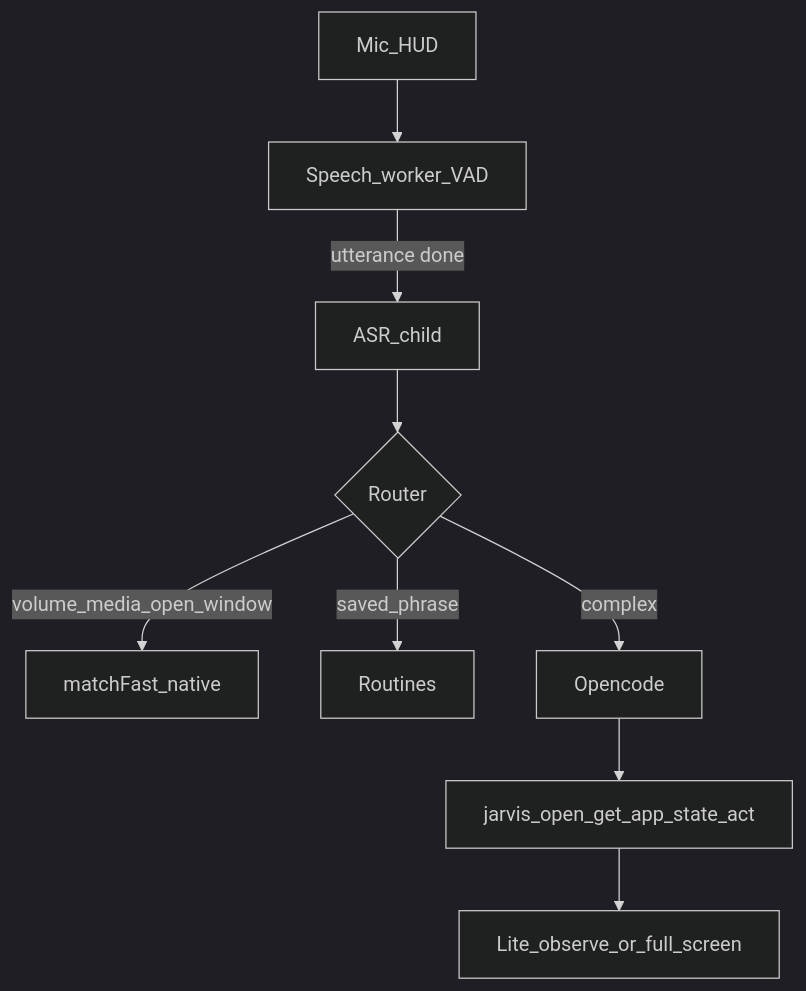
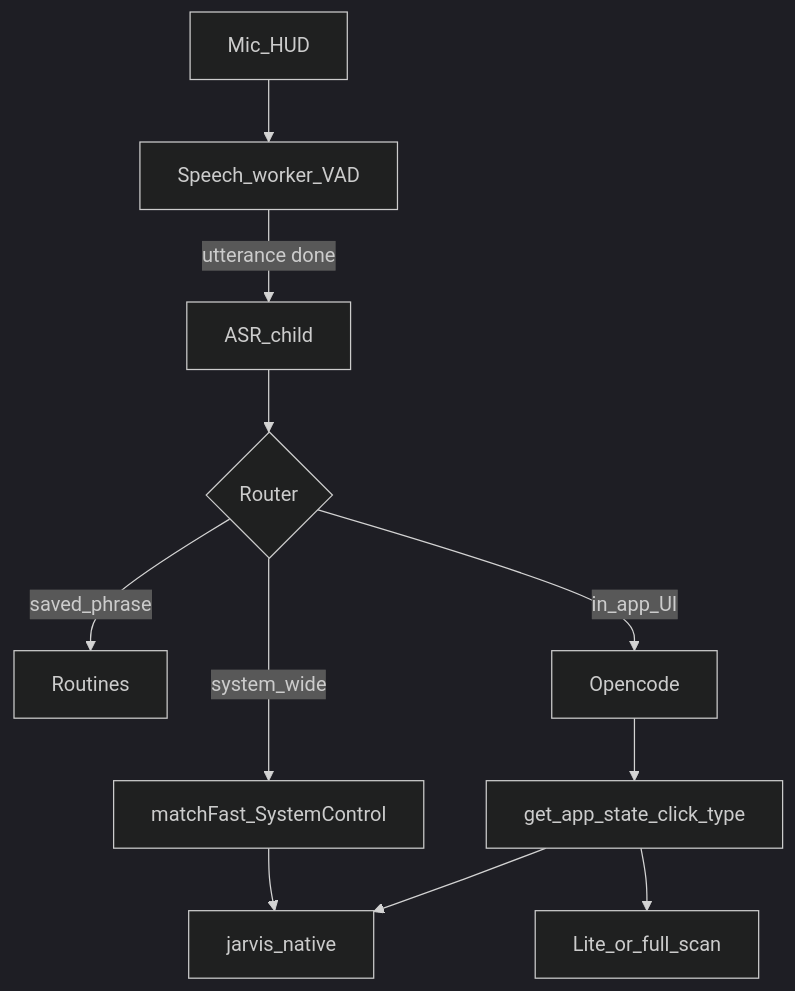
Before and after one commit to yuliitezarygml/jarvis-agent: the diagram in PLAN-fast.md, drawn with Mermaid (dark theme). The commit also changed other lines of this file, not shown here.

Commit message:
Refine system control capabilities and improve command handling for smoother user experience

````diff
--- a/PLAN-fast.md
+++ b/PLAN-fast.md
@@ -5,11 +5,13 @@
 ```mermaid
 flowchart TD
   mic[Mic_HUD] --> worker[Speech_worker_VAD]
   worker -->|"utterance done"| asr[ASR_child]
   asr --> route{Router}
-  route -->|volume_media_open_window| fast[matchFast_native]
+  route -->|system_wide| fast[matchFast_SystemControl]
   route -->|saved_phrase| routines[Routines]
-  route -->|complex| agent[Opencode]
-  agent --> tools[jarvis_open_get_app_state_act]
-  tools --> observe[Lite_observe_or_full_screen]
+  route -->|in_app_UI| agent[Opencode]
+  fast --> native[jarvis_native]
+  agent --> tools[get_app_state_click_type]
+  tools --> observe[Lite_or_full_scan]
+  tools --> native
 ```
````
